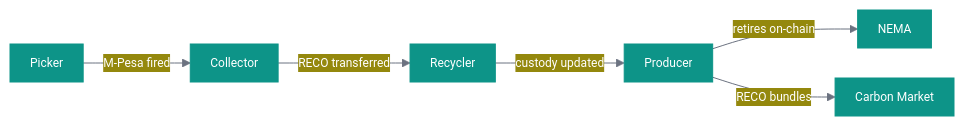
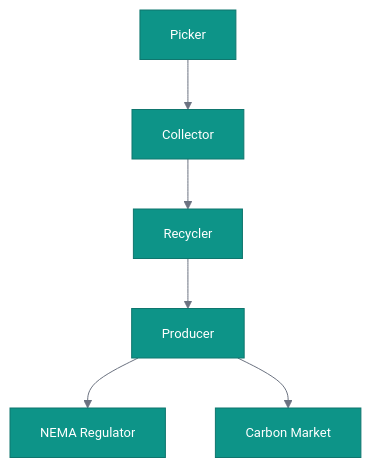
Before and after one commit to Matxchange/matXchange: the first of 5 diagrams in README.md, drawn with Mermaid. The commit also changed other lines of this file, not shown here.

Commit message:
Update mermaid diagrams in README.md

````diff
--- a/README.md
+++ b/README.md
@@ -41,9 +41,9 @@
 ```mermaid
-%%{init: {"theme": "base", "themeVariables": {"primaryColor": "#0D9488", "primaryTextColor": "#ffffff", "primaryBorderColor": "#0D9488", "lineColor": "#6B7280", "fontFamily": "ui-monospace, monospace", "fontSize": "12px"}, "flowchart": {"curve": "basis", "nodeSpacing": 30, "rankSpacing": 40, "padding": 10}}}%%
-flowchart LR
-    A[Picker] -->|M-Pesa fired| B[Collector]
-    B -->|RECO transferred| C[Recycler]
-    C -->|custody updated| D[Producer]
-    D -->|retires on-chain| E[NEMA]
-    D -->|RECO bundles| F[Carbon Market]
+%%{init: {"theme": "base", "themeVariables": {"primaryColor": "#0D9488", "primaryTextColor": "#ffffff", "primaryBorderColor": "#0F766E", "lineColor": "#6B7280", "fontFamily": "ui-monospace, monospace", "fontSize": "13px"}}}%%
+flowchart TD
+    A[Picker] --> B[Collector]
+    B --> C[Recycler]
+    C --> D[Producer]
+    D --> E[NEMA Regulator]
+    D --> F[Carbon Market]
 ```
````
